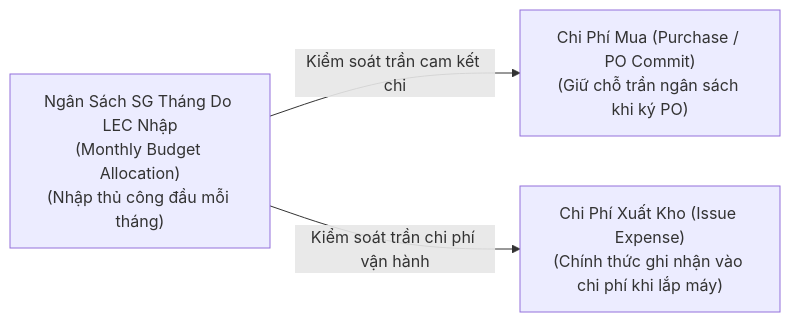
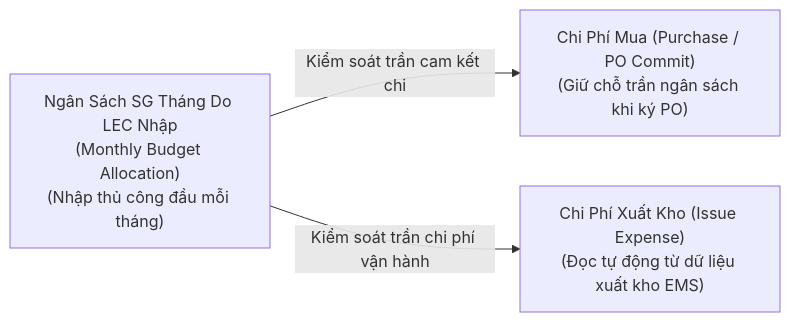
Before and after one commit to longphamduc-vn/ops-workflow: the diagram in procurement-system/04-budget-cost-and-over-management/01-sg-budget-and-cost-accounting.md, drawn with Mermaid. The commit also changed other lines of this file and 37 other files, not shown here.

````diff
--- a/procurement-system/04-budget-cost-and-over-management/01-sg-budget-and-cost-accounting.md
+++ b/procurement-system/04-budget-cost-and-over-management/01-sg-budget-and-cost-accounting.md
@@ -10,9 +10,9 @@
 ```mermaid
 flowchart LR
     A["Ngân Sách SG Tháng Do LEC Nhập\n(Monthly Budget Allocation)\n(Nhập thủ công đầu mỗi tháng)"]
     B["Chi Phí Mua (Purchase / PO Commit)\n(Giữ chỗ trần ngân sách khi ký PO)"]
-    C["Chi Phí Xuất Kho (Issue Expense)\n(Chính thức ghi nhận vào chi phí khi lắp máy)"]
+    C["Chi Phí Xuất Kho (Issue Expense)\n(Đọc tự động từ dữ liệu xuất kho EMS)"]
 
     A -->|Kiểm soát trần cam kết chi| B
     A -->|Kiểm soát trần chi phí vận hành| C
 ```
````
